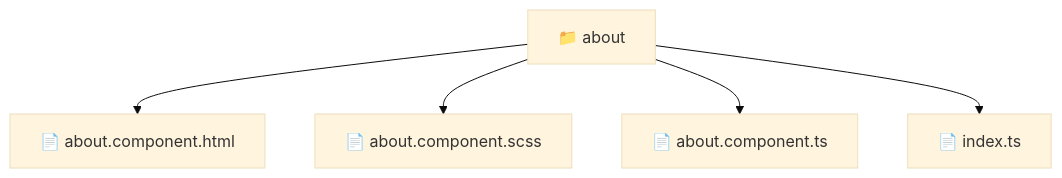
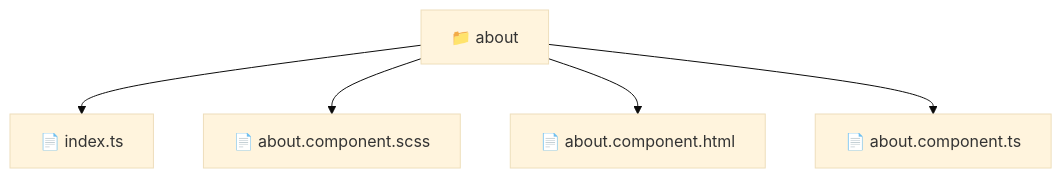
One commit to beginwebdev2002/fullstack-mavluda changed the diagram in frontend/src/pages/about/README.md. Above: the diagram before and after it, drawn with Mermaid (base theme). The commit also changed other lines of this file and 164 other files, not shown here.

First line of the commit message:
docs: generate robust autonomous architectural documentation

````diff
--- a/frontend/src/pages/about/README.md
+++ b/frontend/src/pages/about/README.md
@@ -11,8 +11,8 @@
 ```mermaid
 graph TD
-  Root["📁 about"]
-  Root --> about_component_html["📄 about.component.html"]
-  Root --> about_component_scss["📄 about.component.scss"]
-  Root --> about_component_ts["📄 about.component.ts"]
-  Root --> index_ts["📄 index.ts"]
+    f_about["📁 about"]
+    f_about --> f_index_ts["📄 index.ts"]
+    f_about --> f_about_component_scss["📄 about.component.scss"]
+    f_about --> f_about_component_html["📄 about.component.html"]
+    f_about --> f_about_component_ts["📄 about.component.ts"]
 ```
````
